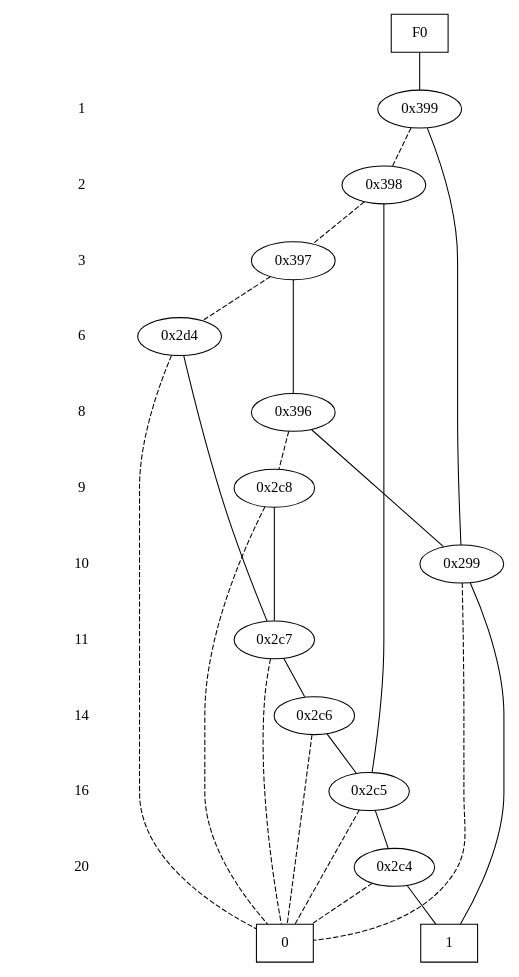
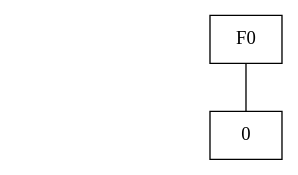
Before and after one commit to dan-olsen/ECE524: the diagram in Project1_2/Dot/22.dot, drawn with Graphviz. The commit also changed 41 other files, not shown here.

```diff
--- a/Project1_2/Dot/22.dot
+++ b/Project1_2/Dot/22.dot
@@ -1,75 +1,18 @@
 digraph "ZDD" {
 size = "7.5,10"
 center = true;
 edge [dir = none];
 { node [shape = plaintext];
   edge [style = invis];
   "CONST NODES" [style = invis];
-" 1 " -> " 2 " -> " 3 " -> " 6 " -> " 8 " -> " 9 " -> " 10 " -> " 11 " -> " 14 " -> " 16 " -> " 20 " -> "CONST NODES"; 
+"CONST NODES"; 
 }
 { rank = same; node [shape = box]; edge [style = invis];
 "F0"; }
-{ rank = same; " 1 ";
-"0x399";
-}
-{ rank = same; " 2 ";
-"0x398";
-}
-{ rank = same; " 3 ";
-"0x397";
-}
-{ rank = same; " 6 ";
-"0x2d4";
-}
-{ rank = same; " 8 ";
-"0x396";
-}
-{ rank = same; " 9 ";
-"0x2c8";
-}
-{ rank = same; " 10 ";
-"0x299";
-}
-{ rank = same; " 11 ";
-"0x2c7";
-}
-{ rank = same; " 14 ";
-"0x2c6";
-}
-{ rank = same; " 16 ";
-"0x2c5";
-}
-{ rank = same; " 20 ";
-"0x2c4";
-}
 { rank = same; "CONST NODES";
-{ node [shape = box]; "0x288";
-"0x287";
+{ node [shape = box]; "(nil)";
 }
 }
-"F0" -> "0x399" [style = solid];
-"0x399" -> "0x299";
-"0x399" -> "0x398" [style = dashed];
-"0x398" -> "0x2c5";
-"0x398" -> "0x397" [style = dashed];
-"0x397" -> "0x396";
-"0x397" -> "0x2d4" [style = dashed];
-"0x2d4" -> "0x2c7";
-"0x2d4" -> "0x288" [style = dashed];
-"0x396" -> "0x299";
-"0x396" -> "0x2c8" [style = dashed];
-"0x2c8" -> "0x2c7";
-"0x2c8" -> "0x288" [style = dashed];
-"0x299" -> "0x287";
-"0x299" -> "0x288" [style = dashed];
-"0x2c7" -> "0x2c6";
-"0x2c7" -> "0x288" [style = dashed];
-"0x2c6" -> "0x2c5";
-"0x2c6" -> "0x288" [style = dashed];
-"0x2c5" -> "0x2c4";
-"0x2c5" -> "0x288" [style = dashed];
-"0x2c4" -> "0x287";
-"0x2c4" -> "0x288" [style = dashed];
-"0x288" [label = "0"];
-"0x287" [label = "1"];
+"F0" -> "(nil)" [style = solid];
+"(nil)" [label = "0"];
 }
```
